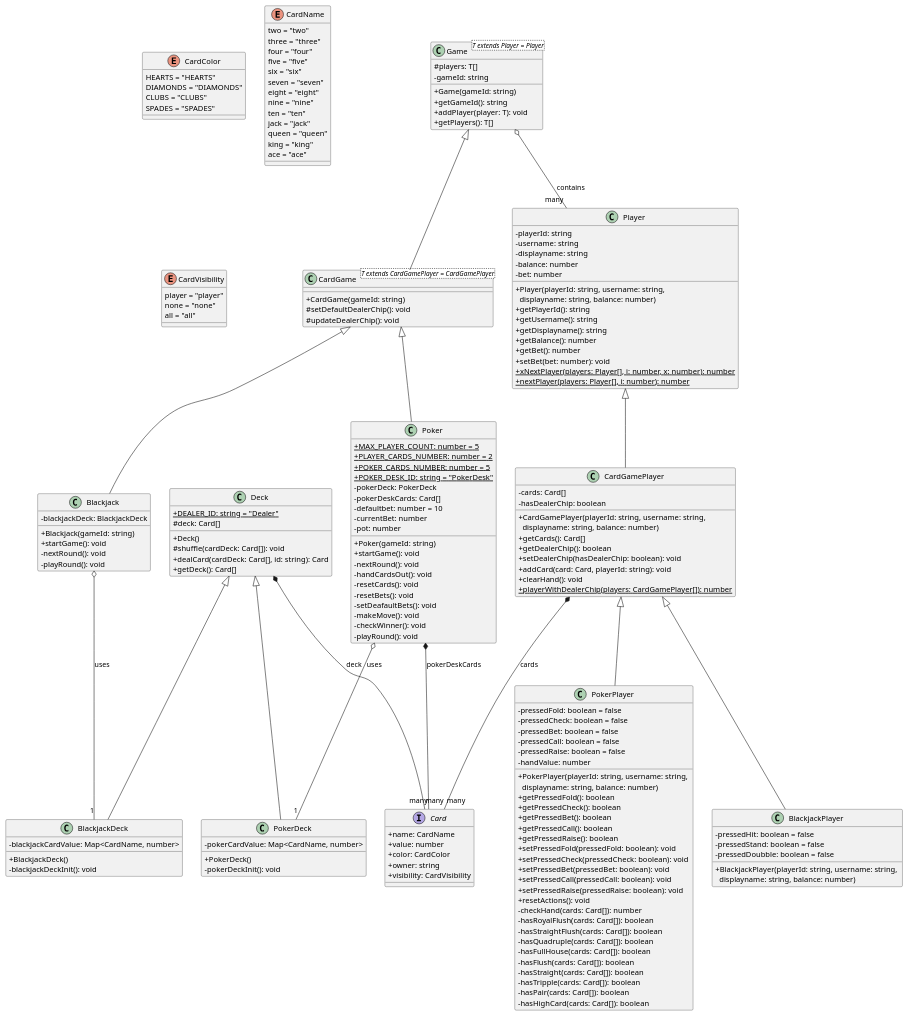
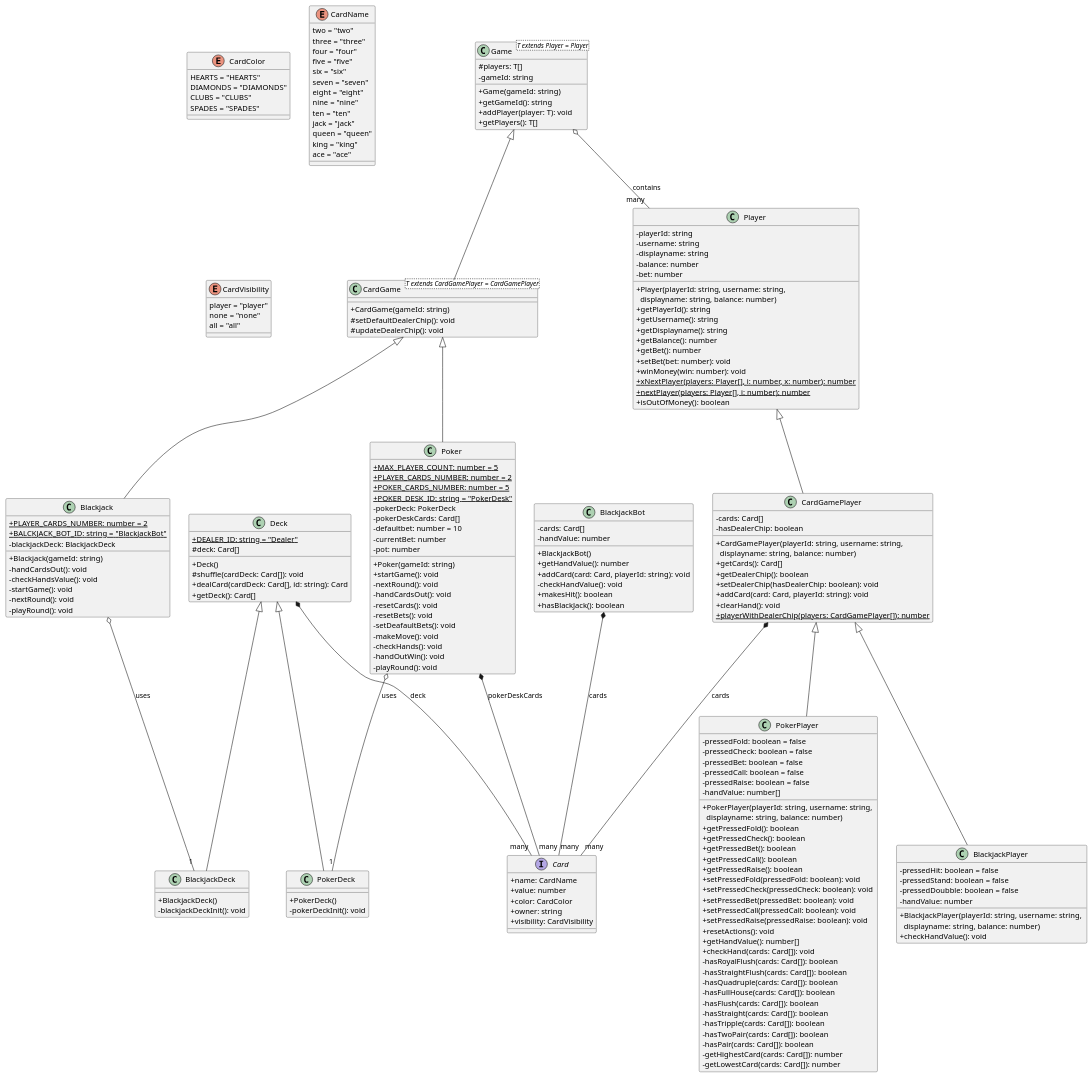
One commit to FelixZannantoni/OnlineCasino changed the diagram in backend/src/gameLogic/gameLogic.puml. Above: the diagram before and after it, drawn with PlantUML. The commit also changed other lines of this file and 1 other file, not shown here.

Commit message:
updated class diagram

```diff
--- a/backend/src/gameLogic/gameLogic.puml
+++ b/backend/src/gameLogic/gameLogic.puml
@@ -73,16 +73,32 @@
   -resetBets(): void
   -setDeafaultBets(): void
   -makeMove(): void
-  -checkWinner(): void
+  -checkHands(): void
+  -handOutWin(): void
   -playRound(): void
 }
 
 class Blackjack {
+  {static} +PLAYER_CARDS_NUMBER: number = 2
+  {static} +BALCKJACK_BOT_ID: string = "BlackjackBot"
   -blackjackDeck: BlackjackDeck
   +Blackjack(gameId: string)
-  +startGame(): void
+  -handCardsOut(): void
+  -checkHandsValue(): void
+  -startGame(): void
   -nextRound(): void
   -playRound(): void
+}
+
+class BlackjackBot {
+  -cards: Card[]
+  -handValue: number
+  +BlackjackBot()
+  +getHandValue(): number
+  +addCard(card: Card, playerId: string): void
+  -checkHandValue(): void
+  +makesHit(): boolean
+  +hasBlackJack(): boolean
 }
 
 class Player {
@@ -98,8 +114,10 @@
   +getBalance(): number
   +getBet(): number
   +setBet(bet: number): void
+  +winMoney(win: number): void
   {static} +xNextPlayer(players: Player[], i: number, x: number): number
   {static} +nextPlayer(players: Player[], i: number): number
+  +isOutOfMoney(): boolean
 }
 
 class CardGamePlayer {
@@ -120,7 +138,7 @@
   -pressedBet: boolean = false
   -pressedCall: boolean = false
   -pressedRaise: boolean = false
-  -handValue: number
+  -handValue: number[]
   +PokerPlayer(playerId: string, username: string, \n  displayname: string, balance: number)
   +getPressedFold(): boolean
   +getPressedCheck(): boolean
@@ -133,7 +151,8 @@
   +setPressedCall(pressedCall: boolean): void
   +setPressedRaise(pressedRaise: boolean): void
   +resetActions(): void
-  -checkHand(cards: Card[]): number
+  +getHandValue(): number[]
+  +checkHand(cards: Card[]): void
   -hasRoyalFlush(cards: Card[]): boolean
   -hasStraightFlush(cards: Card[]): boolean
   -hasQuadruple(cards: Card[]): boolean
@@ -141,15 +160,19 @@
   -hasFlush(cards: Card[]): boolean
   -hasStraight(cards: Card[]): boolean
   -hasTripple(cards: Card[]): boolean
+  -hasTwoPair(cards: Card[]): boolean
   -hasPair(cards: Card[]): boolean
-  -hasHighCard(cards: Card[]): boolean
+  -getHighestCard(cards: Card[]): number
+  -getLowestCard(cards: Card[]): number
 }
 
 class BlackjackPlayer {
   -pressedHit: boolean = false
   -pressedStand: boolean = false
   -pressedDoubble: boolean = false
+  -handValue: number
   +BlackjackPlayer(playerId: string, username: string, \n  displayname: string, balance: number)
+  +checkHandValue(): void
 }
 
 class Deck {
@@ -162,13 +185,11 @@
 }
 
 class BlackjackDeck {
-  -blackjackCardValue: Map<CardName, number>
   +BlackjackDeck()
   -blackjackDeckInit(): void
 }
 
 class PokerDeck {
-  -pokerCardValue: Map<CardName, number>
   +PokerDeck()
   -pokerDeckInit(): void
 }
@@ -190,5 +211,6 @@
 Deck *-- "many" Card : deck
 Poker o-- "1" PokerDeck : uses
 Blackjack o-- "1" BlackjackDeck : uses
+BlackjackBot *-- "many" Card : cards
 
 @enduml
```
